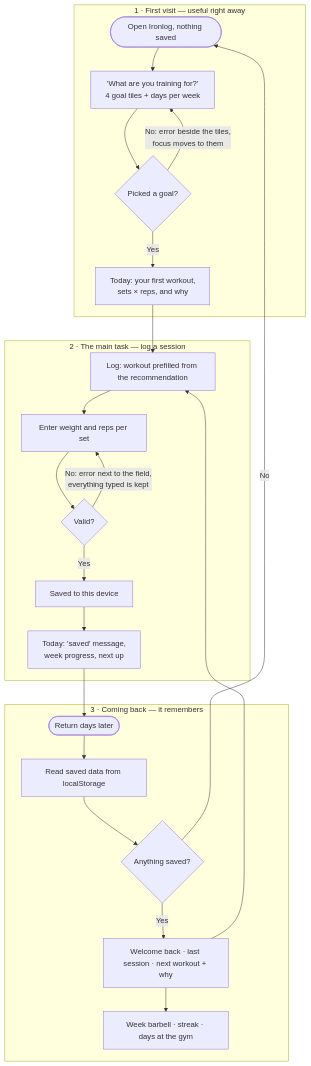
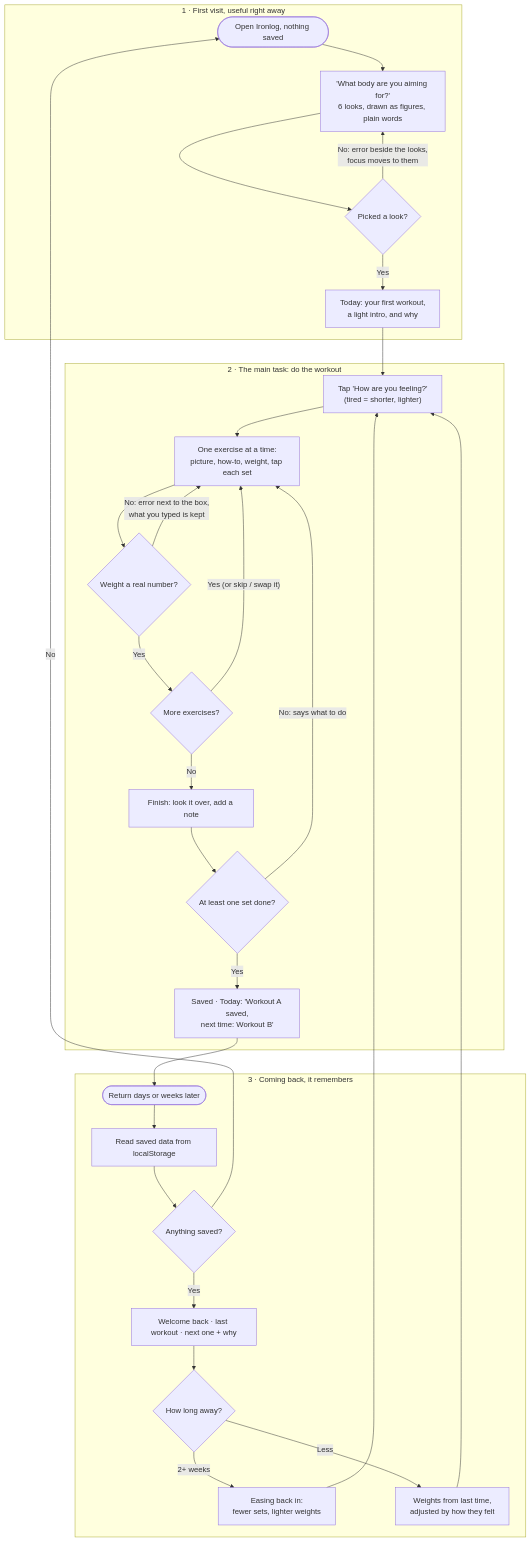
One commit to aneesamjad2001/design-build-ship-assignment-3 changed the diagram in README.md. Above: the diagram before and after it, drawn with Mermaid. The commit also changed other lines of this file and 4 other files, not shown here.

Commit message:
Docs for v3: README, flows, AGENTS.md, decisions, verify scripts

````diff
--- a/README.md
+++ b/README.md
@@ -25,26 +27,33 @@
 ```mermaid
 flowchart TD
-    subgraph FIRST["1 · First visit — useful right away"]
-        A([Open Ironlog, nothing saved]) --> B["'What are you training for?'<br/>4 goal tiles + days per week"]
-        B --> C{Picked a goal?}
-        C -- "No: error beside the tiles,<br/>focus moves to them" --> B
-        C -- Yes --> D["Today: your first workout,<br/>sets × reps, and why"]
+    subgraph FIRST["1 · First visit, useful right away"]
+        A([Open Ironlog, nothing saved]) --> B["'What body are you aiming for?'<br/>6 looks, drawn as figures, plain words"]
+        B --> C{Picked a look?}
+        C -- "No: error beside the looks,<br/>focus moves to them" --> B
+        C -- Yes --> D["Today: your first workout,<br/>a light intro, and why"]
     end
-    subgraph TASK["2 · The main task — log a session"]
-        D --> E[Log: workout prefilled from the recommendation]
-        E --> F[Enter weight and reps per set]
-        F --> G{Valid?}
-        G -- "No: error next to the field,<br/>everything typed is kept" --> F
-        G -- Yes --> H[Saved to this device]
-        H --> I["Today: 'saved' message,<br/>week progress, next up"]
+    subgraph TASK["2 · The main task: do the workout"]
+        D --> E["Tap 'How are you feeling?'<br/>(tired = shorter, lighter)"]
+        E --> F["One exercise at a time:<br/>picture, how-to, weight, tap each set"]
+        F --> G{Weight a real number?}
+        G -- "No: error next to the box,<br/>what you typed is kept" --> F
+        G -- Yes --> H{More exercises?}
+        H -- "Yes (or skip / swap it)" --> F
+        H -- No --> I["Finish: look it over, add a note"]
+        I --> J{At least one set done?}
+        J -- "No: says what to do" --> F
+        J -- Yes --> K["Saved · Today: 'Workout A saved,<br/>next time: Workout B'"]
     end
-    subgraph BACK["3 · Coming back — it remembers"]
-        J([Return days later]) --> K[Read saved data from localStorage]
-        K --> L{Anything saved?}
-        L -- No --> A
-        L -- Yes --> M["Welcome back · last session · next workout + why"]
-        M --> N["Week barbell · streak · days at the gym"]
-        M --> E
+    subgraph BACK["3 · Coming back, it remembers"]
+        L([Return days or weeks later]) --> M[Read saved data from localStorage]
+        M --> N{Anything saved?}
+        N -- No --> A
+        N -- Yes --> O["Welcome back · last workout · next one + why"]
+        O --> P{How long away?}
+        P -- "2+ weeks" --> Q["Easing back in:<br/>fewer sets, lighter weights"]
+        P -- "Less" --> R["Weights from last time,<br/>adjusted by how they felt"]
+        Q --> E
+        R --> E
     end
-    I --> J
+    K --> L
 ```
````
